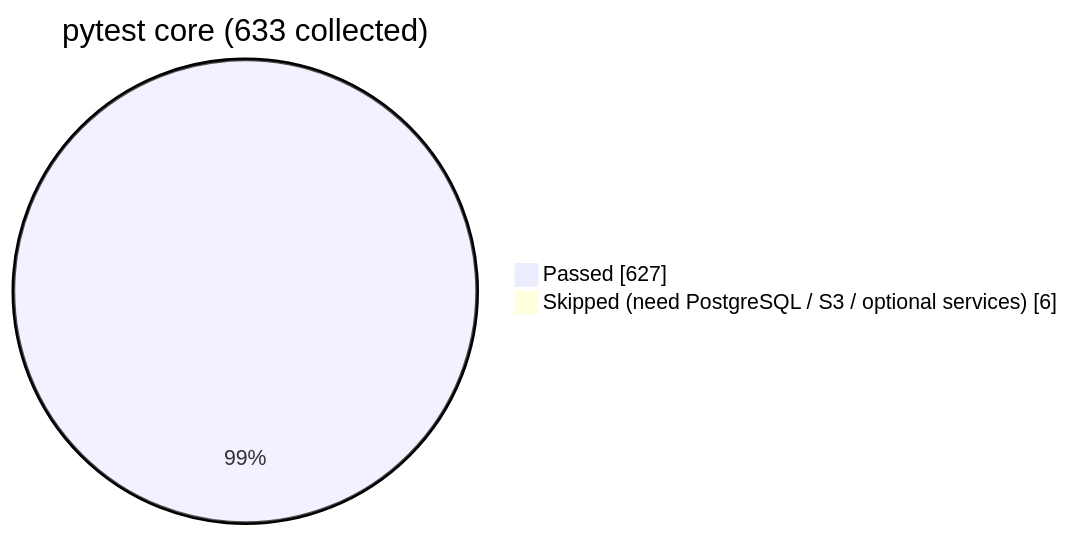
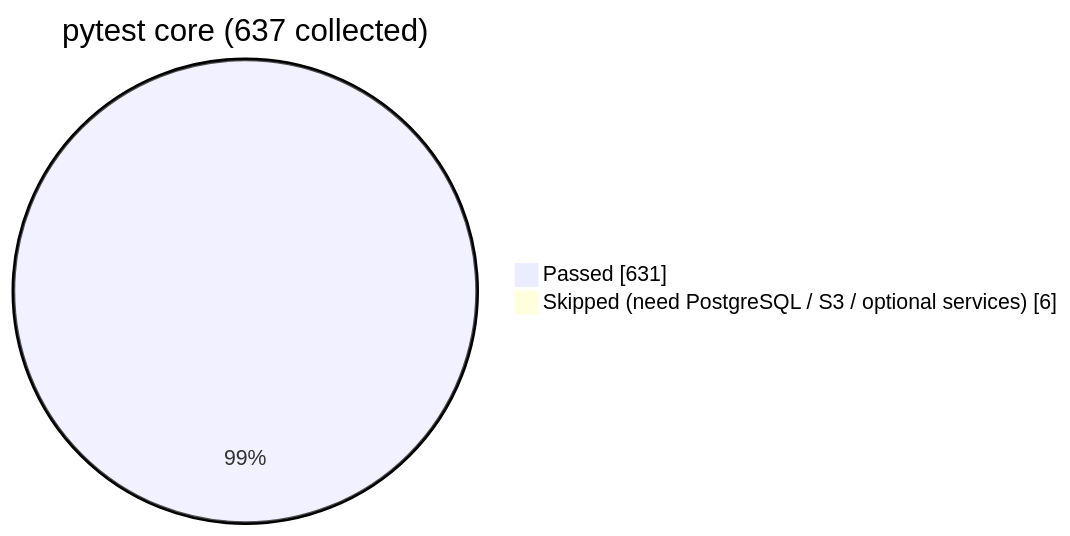
Before and after one commit to shreyajoshi144/notiv: the first of 5 diagrams in docs/RESULTS_AND_TESTING.md, drawn with Mermaid. The commit also changed other lines of this file and 10 other files, not shown here.

````diff
--- a/docs/RESULTS_AND_TESTING.md
+++ b/docs/RESULTS_AND_TESTING.md
@@ -21,5 +22,5 @@
 ```mermaid
-pie showData title pytest core (633 collected)
-    "Passed" : 627
+pie showData title pytest core (637 collected)
+    "Passed" : 631
     "Skipped (need PostgreSQL / S3 / optional services)" : 6
 ```
````
